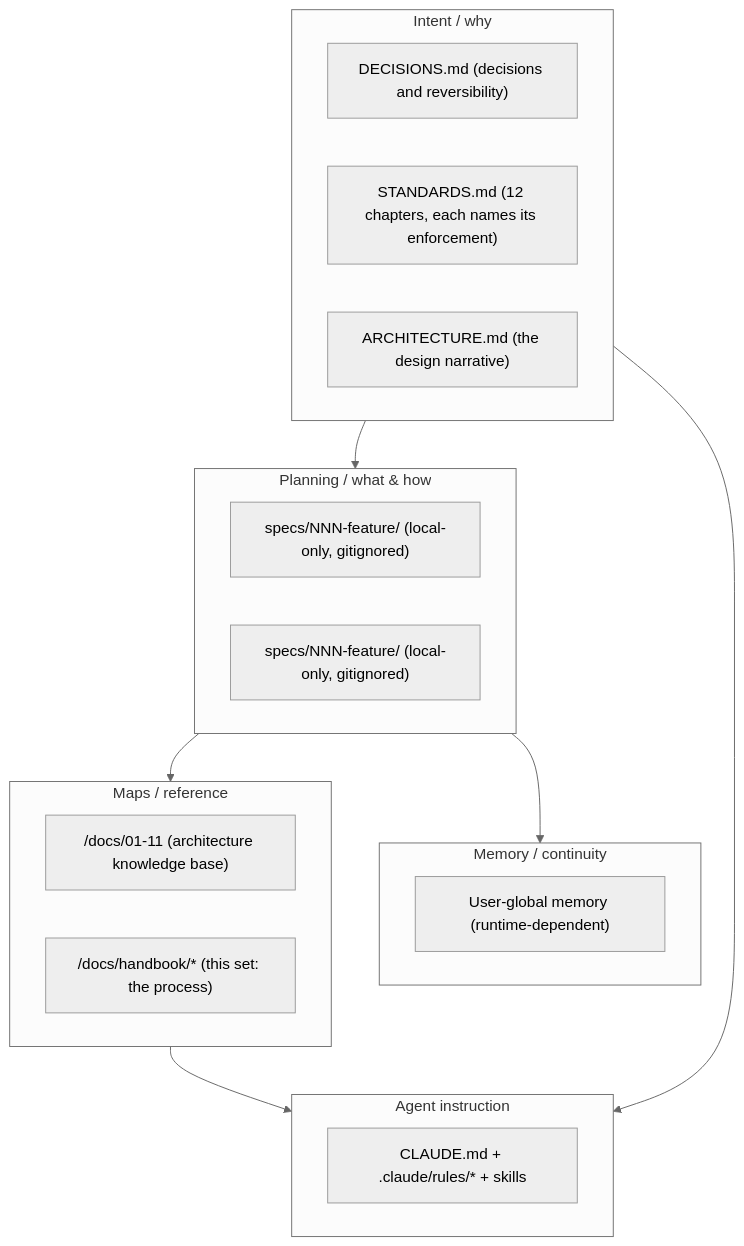
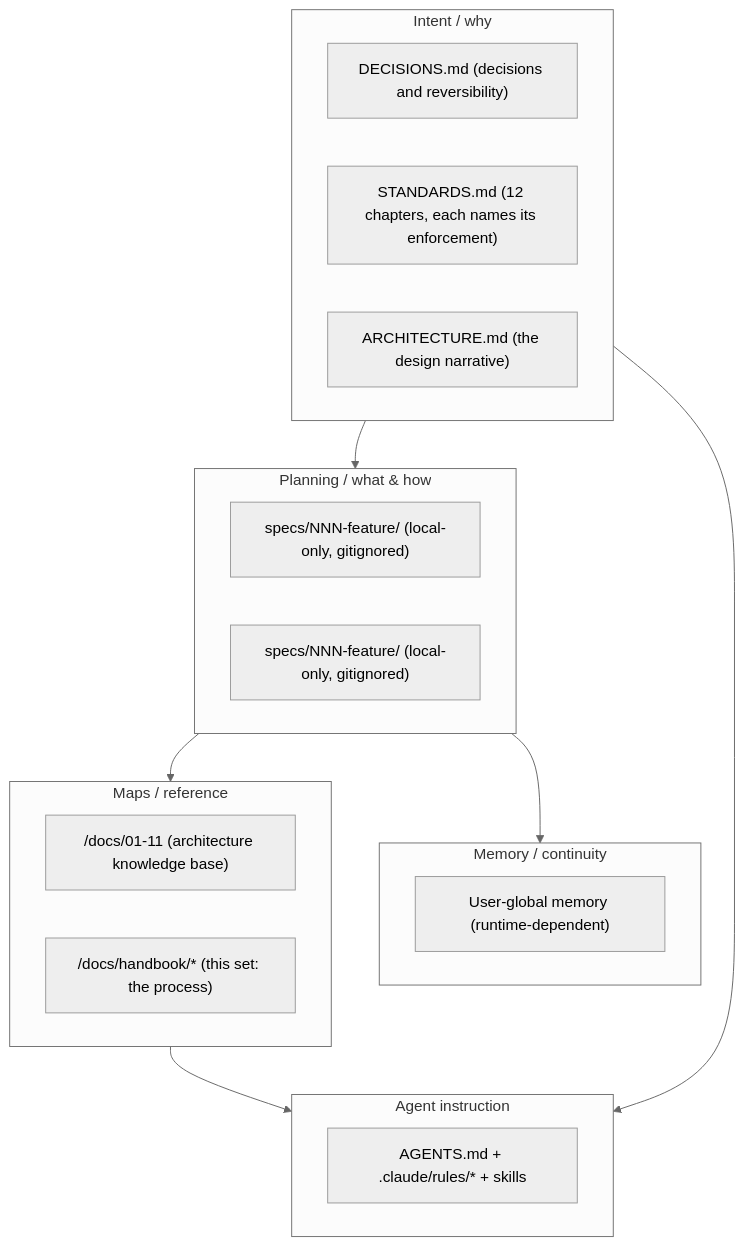
One commit to erikunha/portfolio changed the first of 2 diagrams in docs/handbook/knowledge-architecture.md. Above: the diagram before and after it, drawn with Mermaid (neutral theme). The commit also changed other lines of this file and 20 other files, not shown here.

````diff
--- a/docs/handbook/knowledge-architecture.md
+++ b/docs/handbook/knowledge-architecture.md
@@ -7,26 +7,26 @@
 ```mermaid
 flowchart TD
     subgraph intent["Intent / why"]
         adr["DECISIONS.md (decisions and reversibility)"]
         std["STANDARDS.md (12 chapters, each names its enforcement)"]
         arch["ARCHITECTURE.md (the design narrative)"]
     end
     subgraph plan["Planning / what & how"]
         specs["specs/NNN-feature/ (local-only, gitignored)"]
         plans["specs/NNN-feature/ (local-only, gitignored)"]
     end
     subgraph maps["Maps / reference"]
         kb["/docs/01-11 (architecture knowledge base)"]
         hb["/docs/handbook/* (this set: the process)"]
     end
     subgraph agent["Agent instruction"]
-        cl["CLAUDE.md + .claude/rules/* + skills"]
+        cl["AGENTS.md + .claude/rules/* + skills"]
     end
     subgraph memory["Memory / continuity"]
         mem["User-global memory (runtime-dependent)"]
     end
     intent --> plan --> maps
     intent --> agent
     maps --> agent
     plan --> memory
 ```
````
